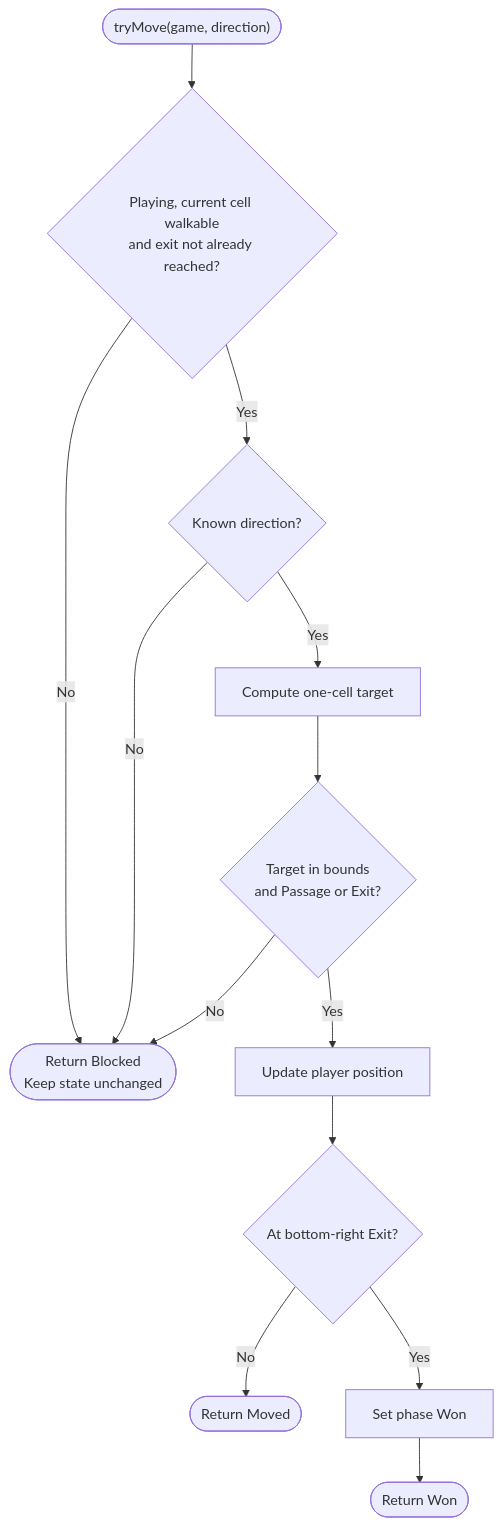
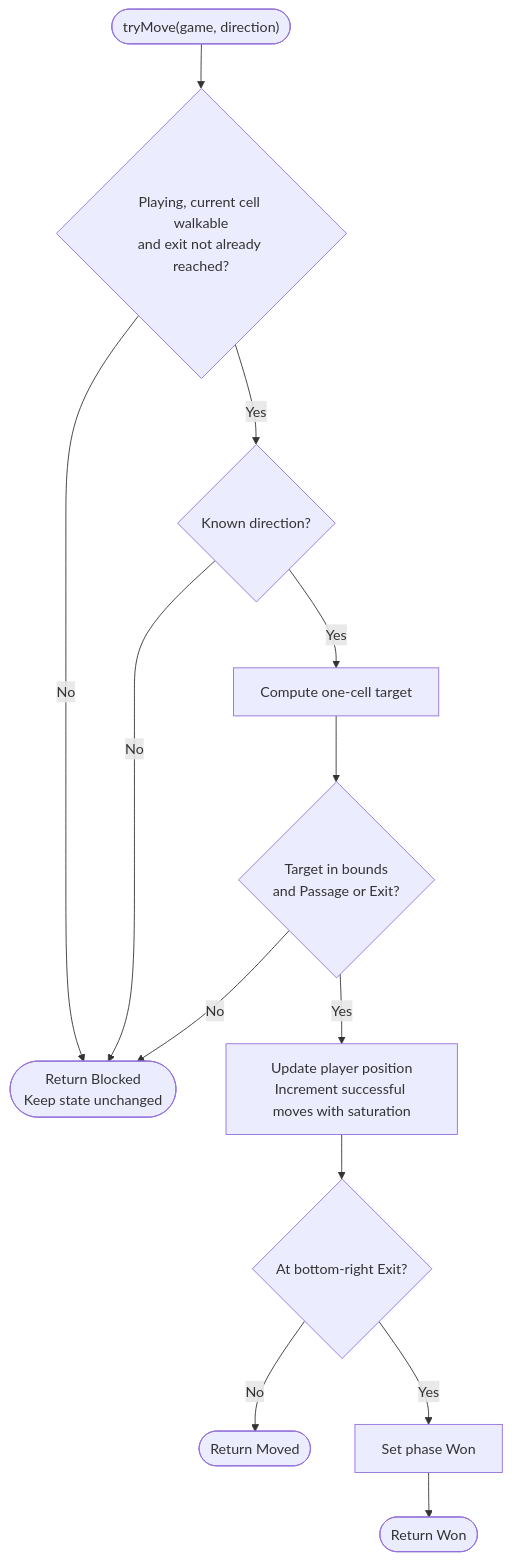
The second of 6 diagrams in docs/ALGORITHMS.md (RMKolibarov24/NXRP), drawn with Mermaid before and after one commit. The commit also changed other lines of this file and 5 other files, not shown here.

````diff
--- a/docs/ALGORITHMS.md
+++ b/docs/ALGORITHMS.md
@@ -38,15 +40,15 @@
 ```mermaid
 flowchart TD
     A(["tryMove(game, direction)"]) --> B{"Playing, current cell walkable<br/>and exit not already reached?"}
     B -- No --> X(["Return Blocked<br/>Keep state unchanged"])
     B -- Yes --> C{"Known direction?"}
     C -- No --> X
     C -- Yes --> D["Compute one-cell target"]
     D --> E{"Target in bounds<br/>and Passage or Exit?"}
     E -- No --> X
-    E -- Yes --> F["Update player position"]
+    E -- Yes --> F["Update player position<br/>Increment successful moves with saturation"]
     F --> G{"At bottom-right Exit?"}
     G -- No --> H(["Return Moved"])
     G -- Yes --> I["Set phase Won"]
     I --> J(["Return Won"])
 ```
````
